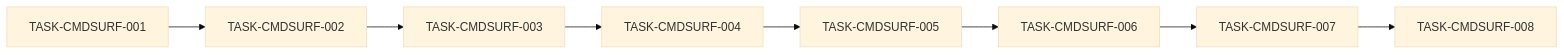
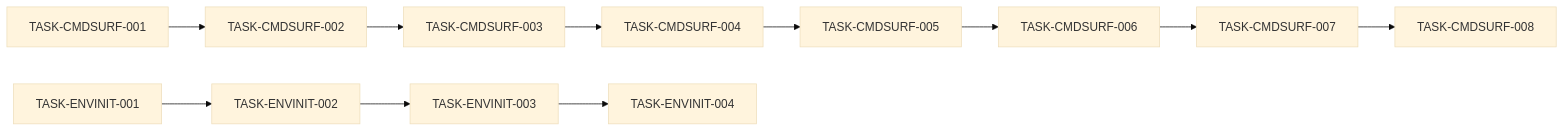
One commit to hollisyao2024/PromptsEngineering changed the diagram in docs/data/task-dependency-matrix.md. Above: the diagram before and after it, drawn with Mermaid (base theme). The commit also changed other lines of this file and 23 other files, not shown here.

````diff
--- a/docs/data/task-dependency-matrix.md
+++ b/docs/data/task-dependency-matrix.md
@@ -12,10 +15,13 @@
 ```mermaid
 flowchart LR
   T1[TASK-CMDSURF-001] --> T2[TASK-CMDSURF-002]
   T2 --> T3[TASK-CMDSURF-003]
   T3 --> T4[TASK-CMDSURF-004]
   T4 --> T5[TASK-CMDSURF-005]
   T5 --> T6[TASK-CMDSURF-006]
   T6 --> T7[TASK-CMDSURF-007]
   T7 --> T8[TASK-CMDSURF-008]
+  E1[TASK-ENVINIT-001] --> E2[TASK-ENVINIT-002]
+  E2 --> E3[TASK-ENVINIT-003]
+  E3 --> E4[TASK-ENVINIT-004]
 ```
````
